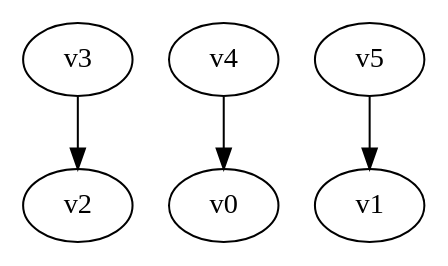
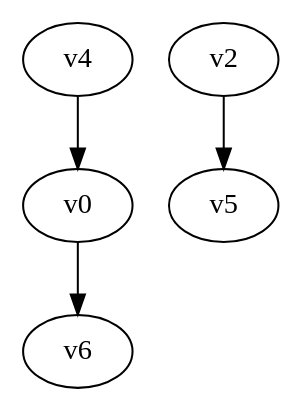
One commit to yadej/graph_project changed the diagram in digraph.dot. Above: the diagram before and after it, drawn with Graphviz. The commit also changed 1 other file, not shown here.

```diff
--- a/digraph.dot
+++ b/digraph.dot
@@ -1,5 +1,5 @@
 digraph G { 
-v3 -> v2;
+v0 -> v6;
+v2 -> v5;
 v4 -> v0;
-v5 -> v1;
 }
```
